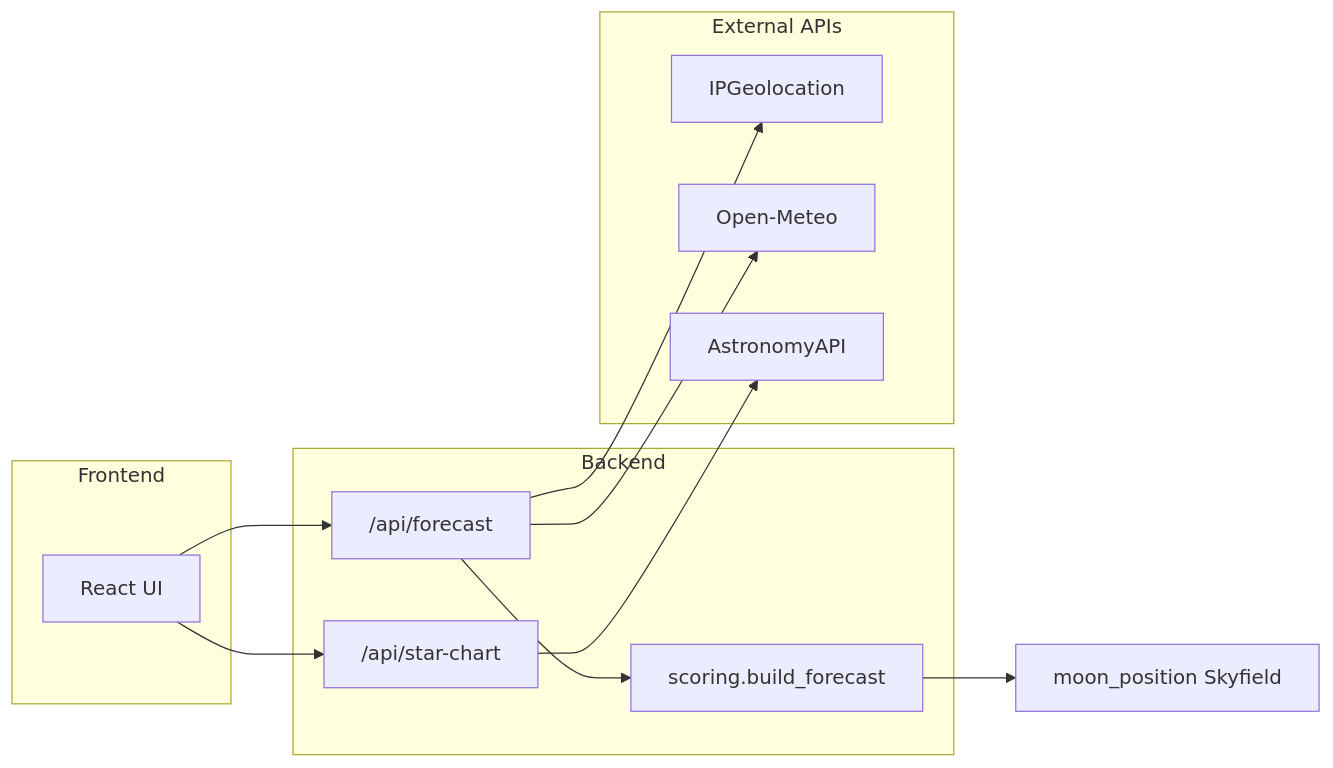
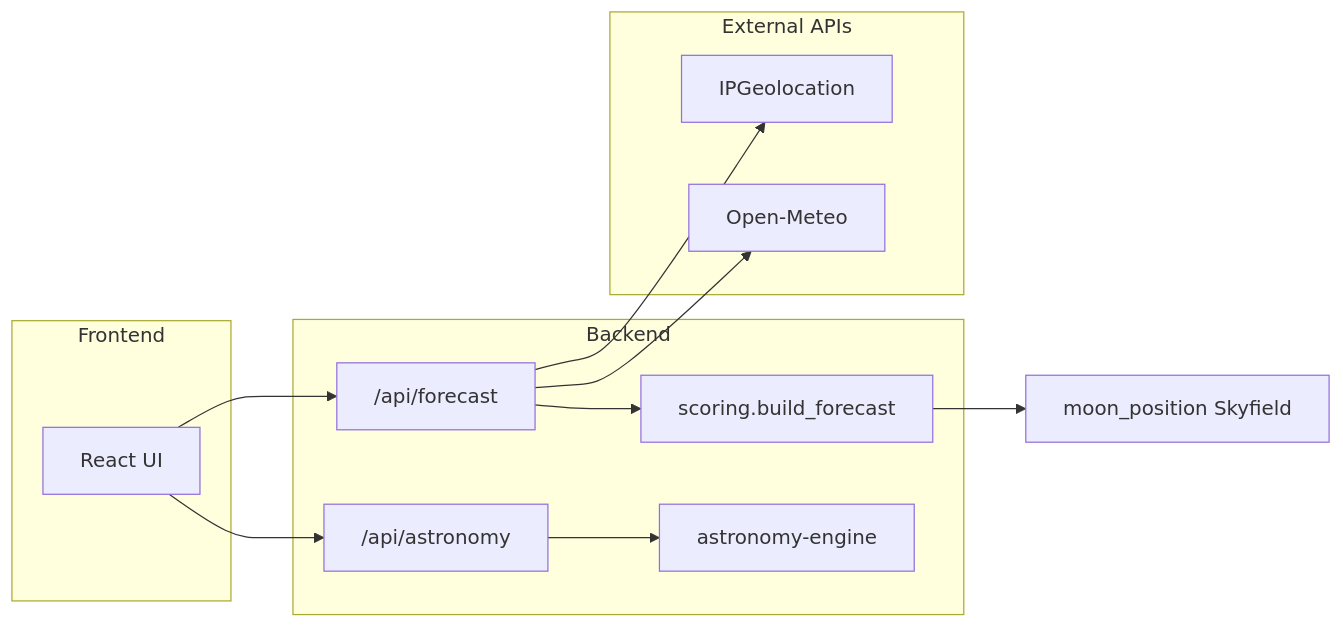
Before and after one commit to jlaw3855/finderscope-app: the diagram in README.md, drawn with Mermaid. The commit also changed other lines of this file and 34 other files, not shown here.

First line of the commit message:
Replace AstronomyAPI star chart with local astronomy-engine panel.

````diff
--- a/README.md
+++ b/README.md
@@ -161,23 +176,23 @@
 ```mermaid
 flowchart LR
   subgraph frontend [Frontend]
     UI[React UI]
   end
   subgraph backend [Backend]
     ForecastRouter["/api/forecast"]
     Scoring[scoring.build_forecast]
-    StarChartRouter["/api/star-chart"]
+    AstronomyRouter["/api/astronomy"]
+    AstroEngine[astronomy-engine]
   end
   subgraph external [External APIs]
     IPGeo[IPGeolocation]
     OpenMeteo[Open-Meteo]
-    AstroAPI[AstronomyAPI]
   end
   UI --> ForecastRouter
   ForecastRouter --> IPGeo
   ForecastRouter --> OpenMeteo
   ForecastRouter --> Scoring
   Scoring --> MoonPos[moon_position Skyfield]
-  UI --> StarChartRouter
-  StarChartRouter --> AstroAPI
+  UI --> AstronomyRouter
+  AstronomyRouter --> AstroEngine
 ```
````
